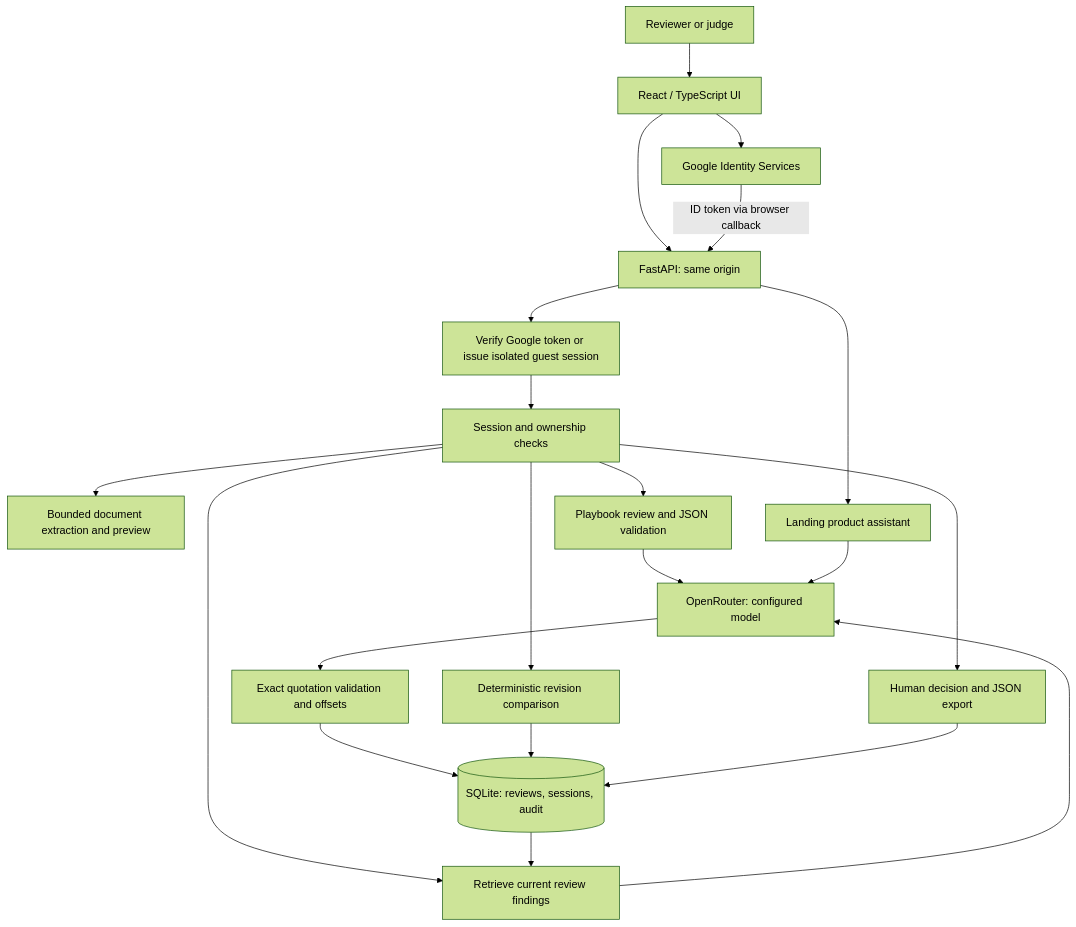
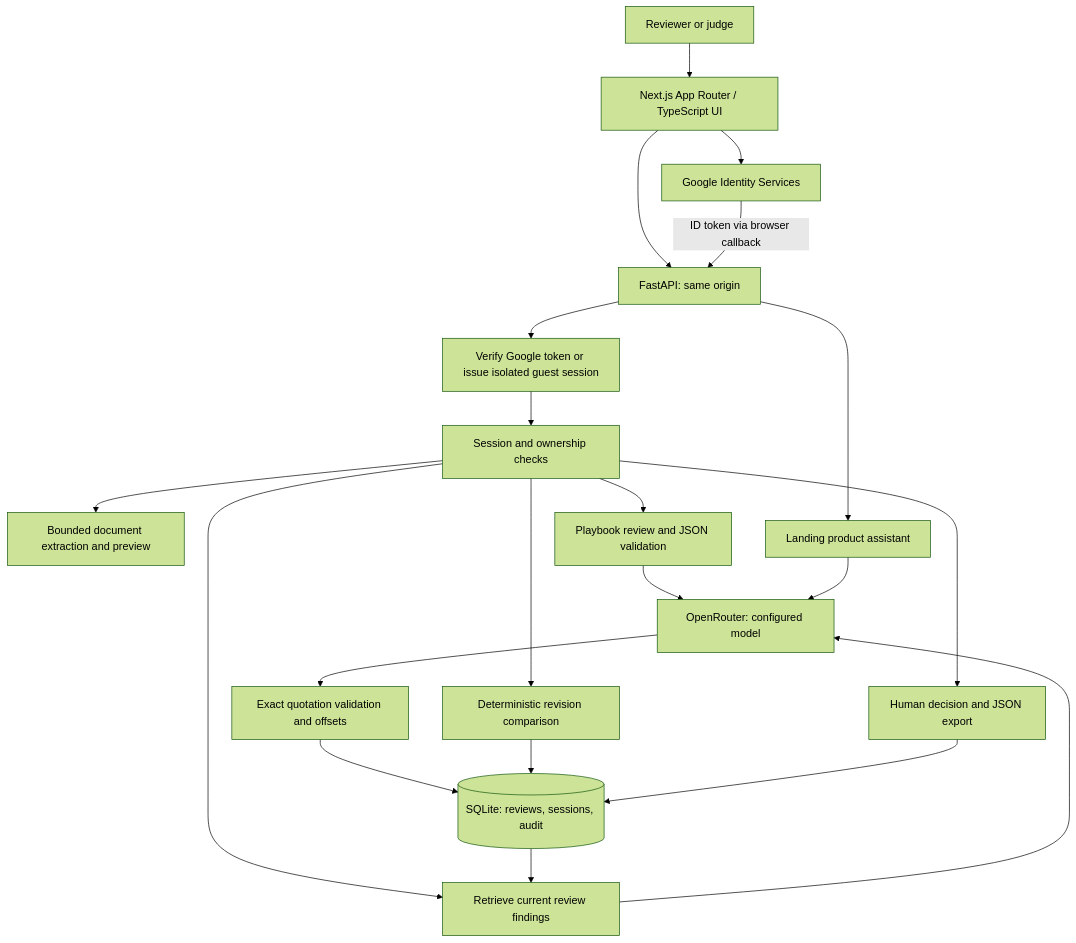
The diagram in docs/judging/submission.md (rajatmurhe/contractiq), drawn with Mermaid (forest theme) before and after one commit. The commit also changed other lines of this file and 3 other files, not shown here.

````diff
--- a/docs/judging/submission.md
+++ b/docs/judging/submission.md
@@ -49,23 +49,23 @@
 ```mermaid
 flowchart TD
-    User[Reviewer or judge] --> UI[React / TypeScript UI]
+    User[Reviewer or judge] --> UI[Next.js App Router / TypeScript UI]
     UI --> API[FastAPI: same origin]
     UI --> Google[Google Identity Services]
     Google -->|ID token via browser callback| API
     API --> Auth[Verify Google token or issue isolated guest session]
     Auth --> Access[Session and ownership checks]
     Access --> Extract[Bounded document extraction and preview]
     Access --> Review[Playbook review and JSON validation]
     Review --> LLM[OpenRouter: configured model]
     LLM --> Quotes[Exact quotation validation and offsets]
     Quotes --> DB[(SQLite: reviews, sessions, audit)]
     Access --> Retrieve[Retrieve current review findings]
     DB --> Retrieve
     Retrieve --> LLM
     Access --> Compare[Deterministic revision comparison]
     Access --> Decision[Human decision and JSON export]
     Compare --> DB
     Decision --> DB
     API --> Assistant[Landing product assistant]
     Assistant --> LLM
 ```
````
